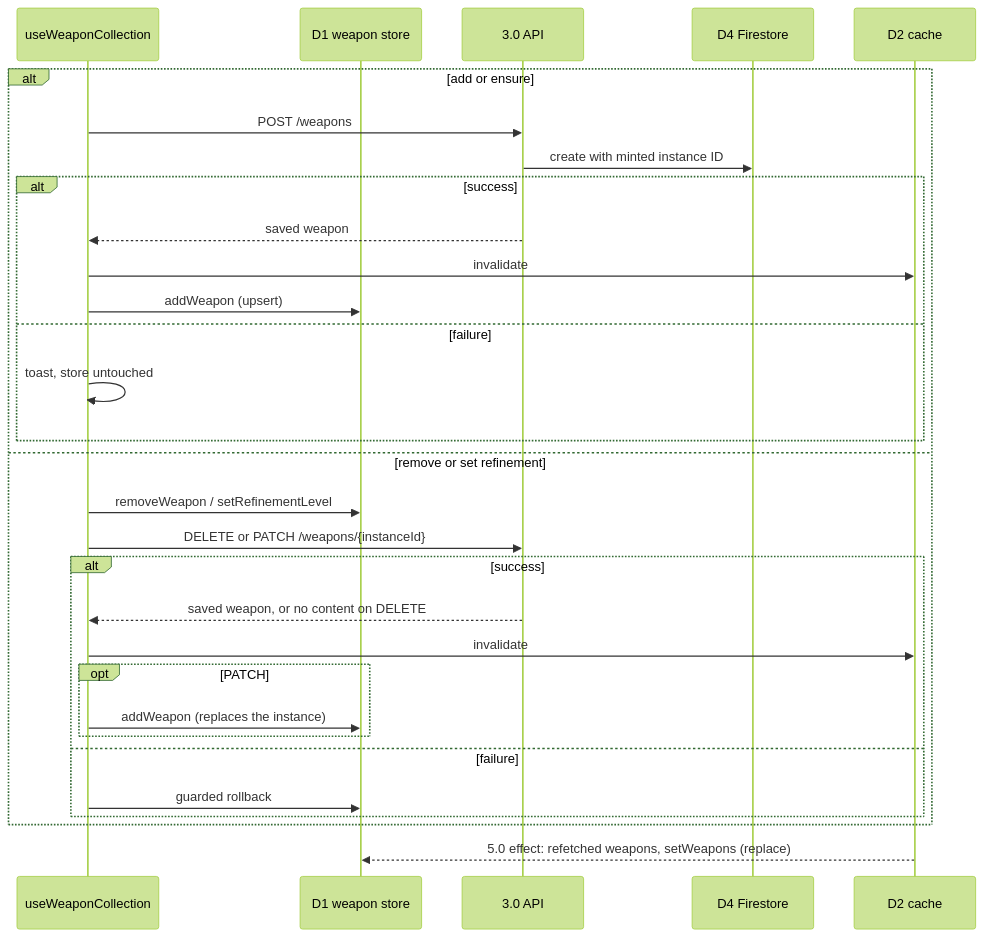
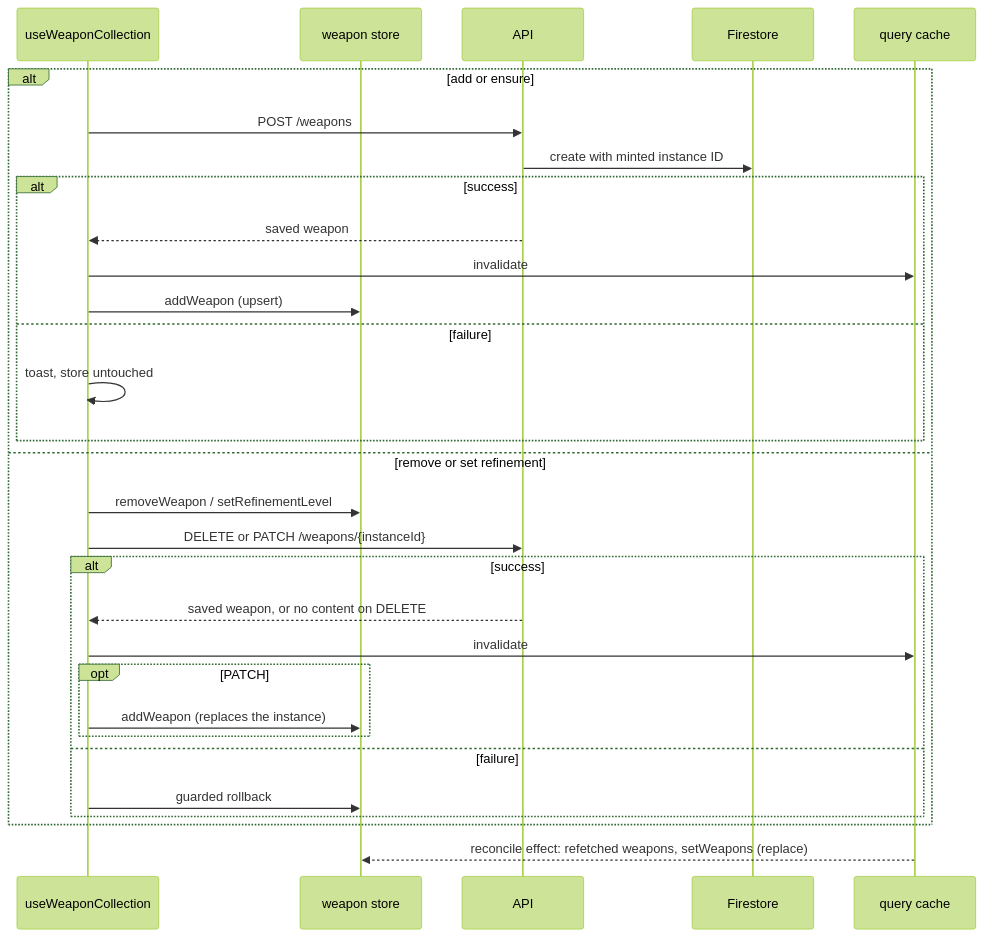
The second of 4 diagrams in docs/reference/data-flow-write-paths.md (dungeon-studio/genshin.dungeon.studio), drawn with Mermaid (forest theme) before and after one commit. The commit also changed other lines of this file and 2 other files, not shown here.

First line of the commit message:
docs: name data flow stores and processes in prose

````diff
--- a/docs/reference/data-flow-write-paths.md
+++ b/docs/reference/data-flow-write-paths.md
@@ -78,33 +77,33 @@
 ```mermaid
 sequenceDiagram
   participant Hook as useWeaponCollection
-  participant Store as D1 weapon store
-  participant API as 3.0 API
-  participant FS as D4 Firestore
-  participant Cache as D2 cache
+  participant Store as weapon store
+  participant API as API
+  participant FS as Firestore
+  participant Cache as query cache
 
   alt add or ensure
     Hook->>API: POST /weapons
     API->>FS: create with minted instance ID
     alt success
       API-->>Hook: saved weapon
       Hook->>Cache: invalidate
       Hook->>Store: addWeapon (upsert)
     else failure
       Hook->>Hook: toast, store untouched
     end
   else remove or set refinement
     Hook->>Store: removeWeapon / setRefinementLevel
     Hook->>API: DELETE or PATCH /weapons/{instanceId}
     alt success
       API-->>Hook: saved weapon, or no content on DELETE
       Hook->>Cache: invalidate
       opt PATCH
         Hook->>Store: addWeapon (replaces the instance)
       end
     else failure
       Hook->>Store: guarded rollback
     end
   end
-  Cache-->>Store: 5.0 effect: refetched weapons, setWeapons (replace)
+  Cache-->>Store: reconcile effect: refetched weapons, setWeapons (replace)
 ```
````
